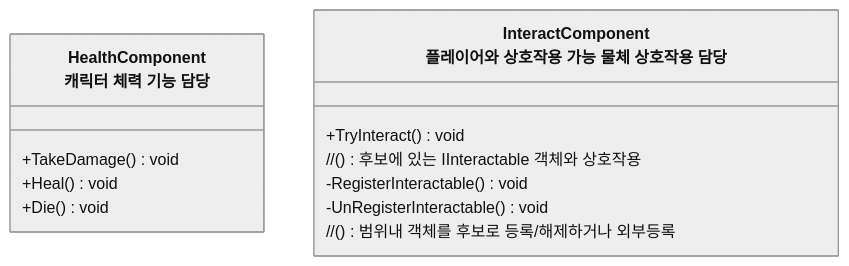
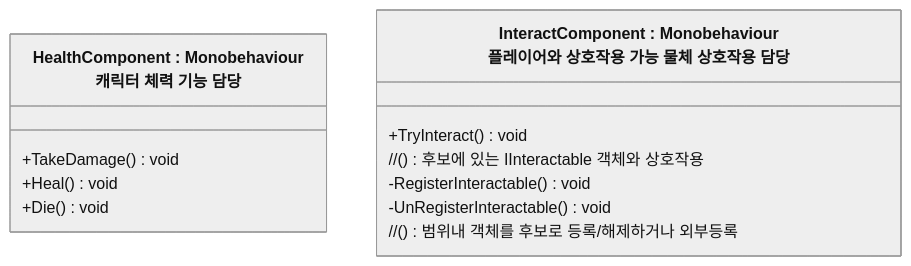
Before and after one commit to JIN5EOK/DungeonShooter: the third of 6 diagrams in README/Entity_설계.md, drawn with Mermaid (neutral theme). The commit also changed other lines of this file and 10 other files, not shown here.

````diff
--- a/README/Entity_설계.md
+++ b/README/Entity_설계.md
@@ -42,15 +42,15 @@
 ```mermaid
 classDiagram
-    class HealthComponent["HealthComponent<br>캐릭터 체력 기능 담당"]{
+    class HealthComponent["HealthComponent : Monobehaviour<br>캐릭터 체력 기능 담당"]{
         +TakeDamage() void
         +Heal() void
         +Die() void
     }
-    class InteractComponent["InteractComponent<br>플레이어와 상호작용 가능 물체 상호작용 담당"]{
+    class InteractComponent["InteractComponent : Monobehaviour<br>플레이어와 상호작용 가능 물체 상호작용 담당"]{
         +TryInteract() void 
         // () 후보에 있는 IInteractable 객체와 상호작용
         -RegisterInteractable() void
         -UnRegisterInteractable() void
         // () 범위내 객체를 후보로 등록/해제하거나 외부등록
     }
 ```
````
